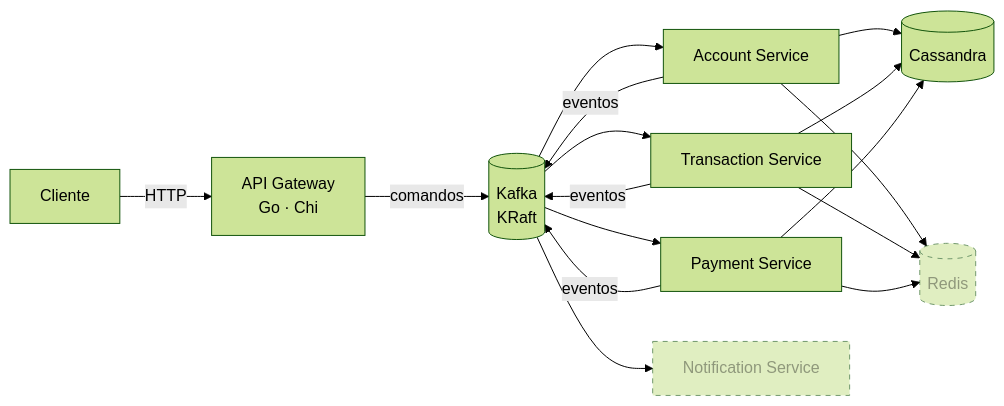
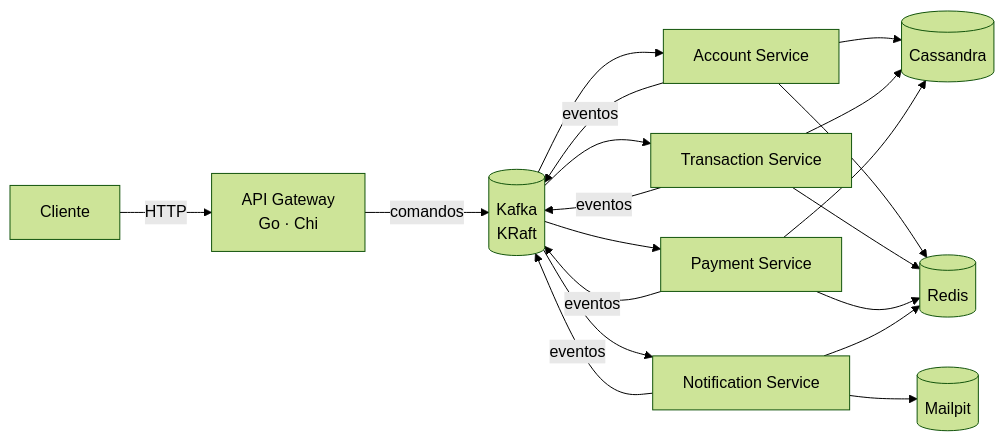
Before and after one commit to GabeSilvaDev/fintech-bank-platform: the diagram in README.pt-BR.md, drawn with Mermaid (forest theme). The commit also changed other lines of this file and 2 other files, not shown here.

````diff
--- a/README.pt-BR.md
+++ b/README.pt-BR.md
@@ -24,15 +24,13 @@
 ```mermaid
 flowchart LR
     C[Cliente] -->|HTTP| GW[API Gateway<br/>Go · Chi]
     GW -->|comandos| K[(Kafka<br/>KRaft)]
     K --> A[Account Service]
     K --> T[Transaction Service]
     K --> P[Payment Service]
     K --> N[Notification Service]
     A & T & P --> CS[(Cassandra)]
-    A & T & P --> R[(Redis)]
-    A & T & P -->|eventos| K
-
-    classDef planned stroke-dasharray: 5 5,opacity:0.6
-    class N,R planned
+    A & T & P & N --> R[(Redis)]
+    N --> MP[(Mailpit)]
+    A & T & P & N -->|eventos| K
 ```
````
